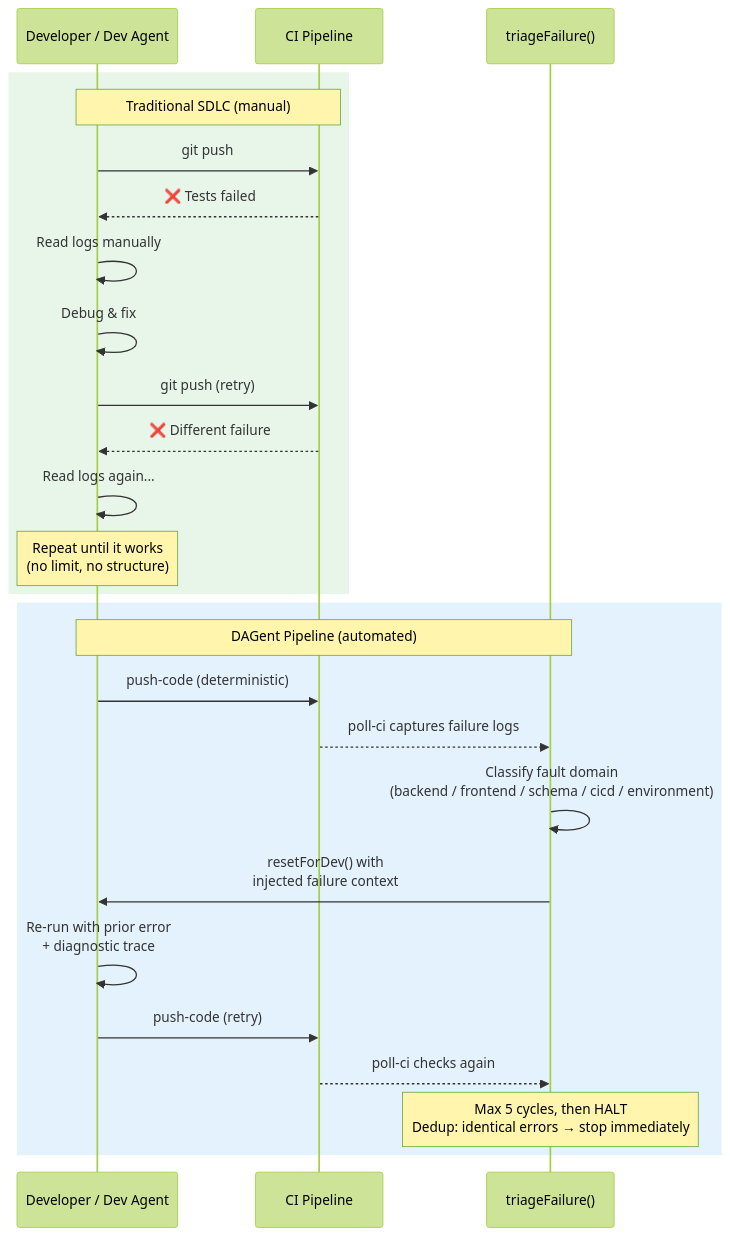
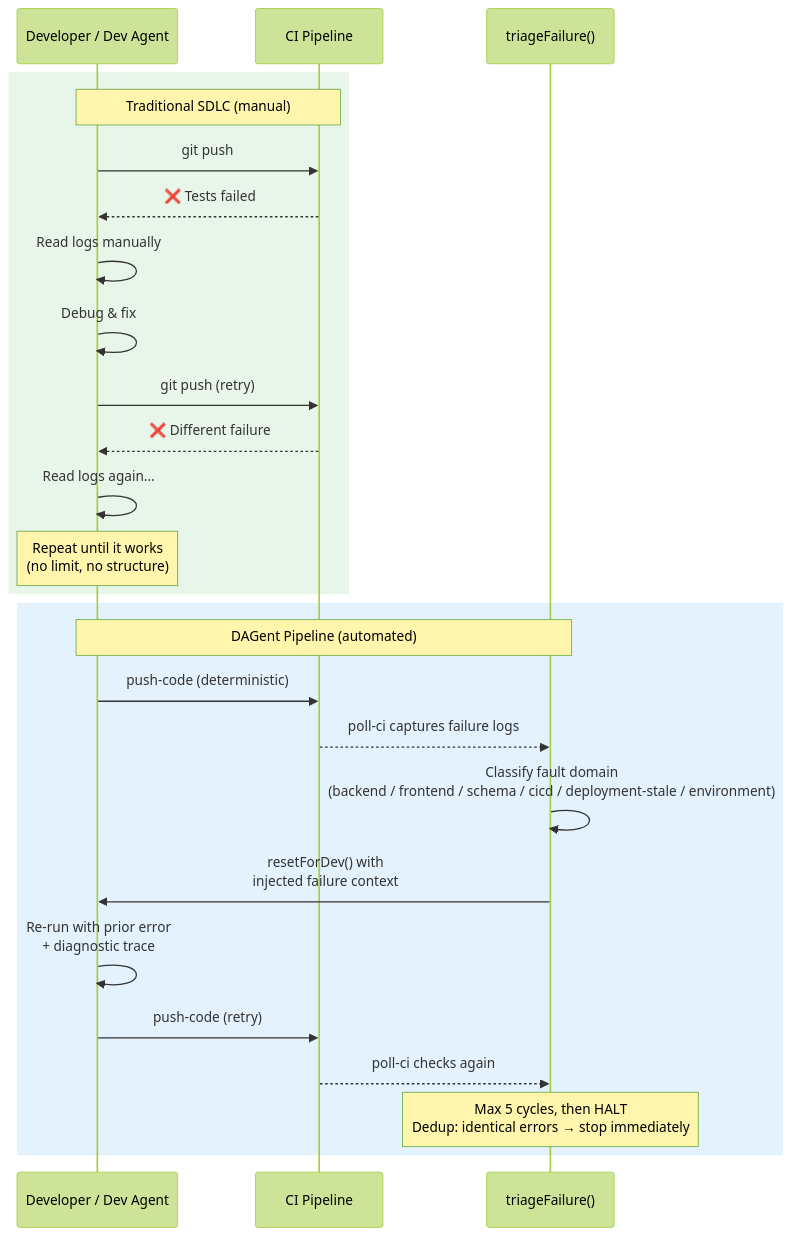
Before and after one commit to RomanKaliupinMelonusa/DAGent-t: the third of 4 diagrams in tools/autonomous-factory/docs/07-mental-model.md, drawn with Mermaid (forest theme). The commit also changed 20 other files, not shown here.

First line of the commit message:
Add 'deployment-stale' triage and pre-deploy checks

````diff
--- a/tools/autonomous-factory/docs/07-mental-model.md
+++ b/tools/autonomous-factory/docs/07-mental-model.md
@@ -145,30 +145,30 @@
 ```mermaid
 sequenceDiagram
     participant DEV as Developer / Dev Agent
     participant CI as CI Pipeline
     participant TRIAGE as triageFailure()
 
     rect rgb(232, 245, 233)
         Note over DEV,CI: Traditional SDLC (manual)
         DEV->>CI: git push
         CI-->>DEV: ❌ Tests failed
         DEV->>DEV: Read logs manually
         DEV->>DEV: Debug & fix
         DEV->>CI: git push (retry)
         CI-->>DEV: ❌ Different failure
         DEV->>DEV: Read logs again...
         Note over DEV: Repeat until it works<br/>(no limit, no structure)
     end
 
     rect rgb(227, 242, 253)
         Note over DEV,TRIAGE: DAGent Pipeline (automated)
         DEV->>CI: push-code (deterministic)
         CI-->>TRIAGE: poll-ci captures failure logs
-        TRIAGE->>TRIAGE: Classify fault domain<br/>(backend / frontend / schema / cicd / environment)
+        TRIAGE->>TRIAGE: Classify fault domain<br/>(backend / frontend / schema / cicd / deployment-stale / environment)
         TRIAGE->>DEV: resetForDev() with<br/>injected failure context
         DEV->>DEV: Re-run with prior error<br/>+ diagnostic trace
         DEV->>CI: push-code (retry)
         CI-->>TRIAGE: poll-ci checks again
         Note over TRIAGE: Max 5 cycles, then HALT<br/>Dedup: identical errors → stop immediately
     end
 ```
````
